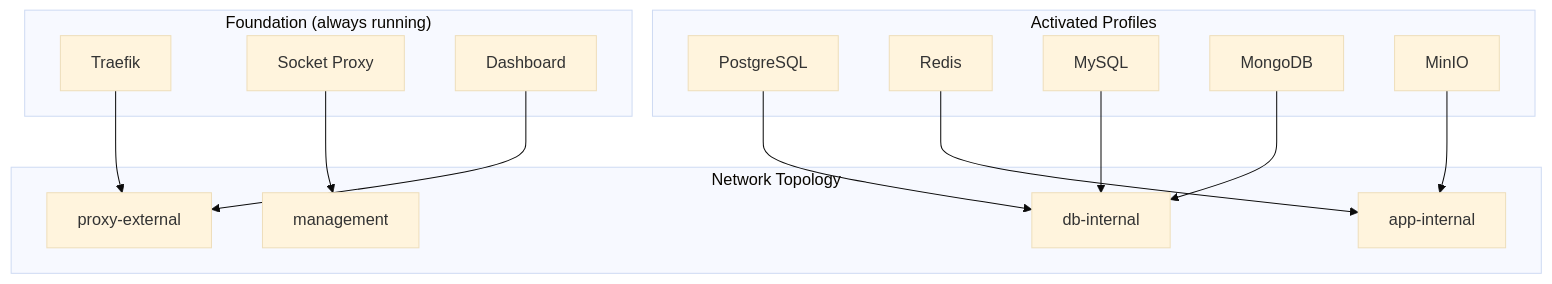
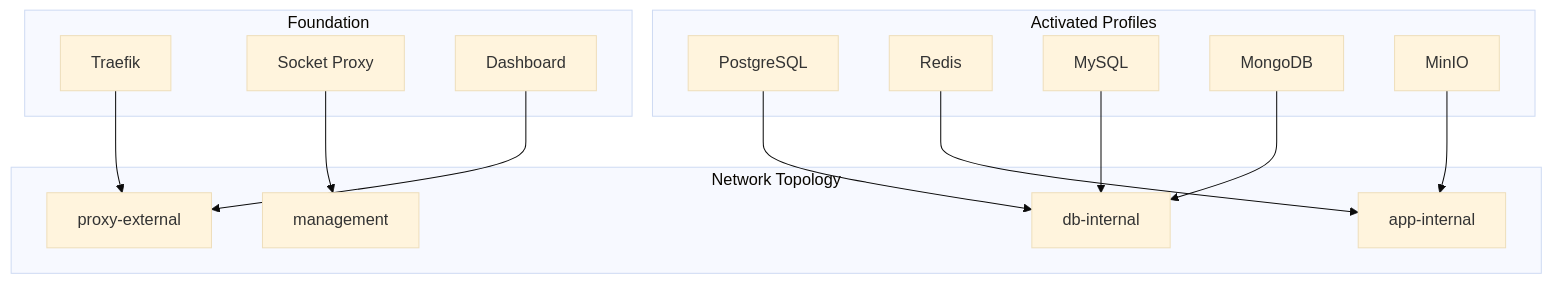
The second of 2 diagrams in docs/profiles.md (peermesh/docker-lab-docs), drawn with Mermaid (base theme) before and after one commit. The commit also changed other lines of this file and 13 other files, not shown here.

First line of the commit message:
fix: improve diagram legibility and icon rendering

````diff
--- a/docs/profiles.md
+++ b/docs/profiles.md
@@ -597,32 +597,32 @@
 ```mermaid
 flowchart TB
-    subgraph Foundation["Foundation (always running)"]
+    subgraph Foundation["Foundation"]
         Traefik["Traefik"]
         SocketProxy["Socket Proxy"]
         Dashboard["Dashboard"]
     end
 
     subgraph Profiles["Activated Profiles"]
         PG["PostgreSQL"]
         Redis["Redis"]
         MySQL["MySQL"]
         MongoDB["MongoDB"]
         MinIO["MinIO"]
     end
 
     subgraph Networks["Network Topology"]
         ProxyExt["proxy-external"]
         DbInt["db-internal"]
         AppInt["app-internal"]
         Mgmt["management"]
     end
 
     Traefik --> ProxyExt
     SocketProxy --> Mgmt
     Dashboard --> ProxyExt
     PG --> DbInt
     MySQL --> DbInt
     MongoDB --> DbInt
     Redis --> AppInt
     MinIO --> AppInt
 ```
````
